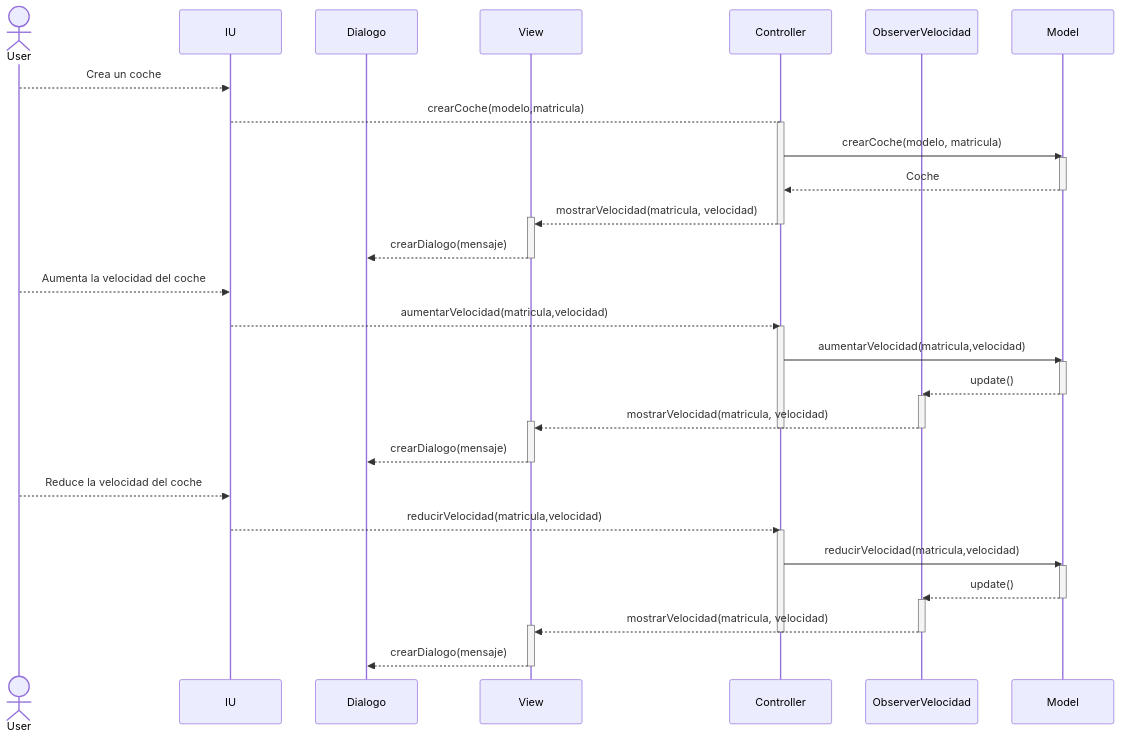
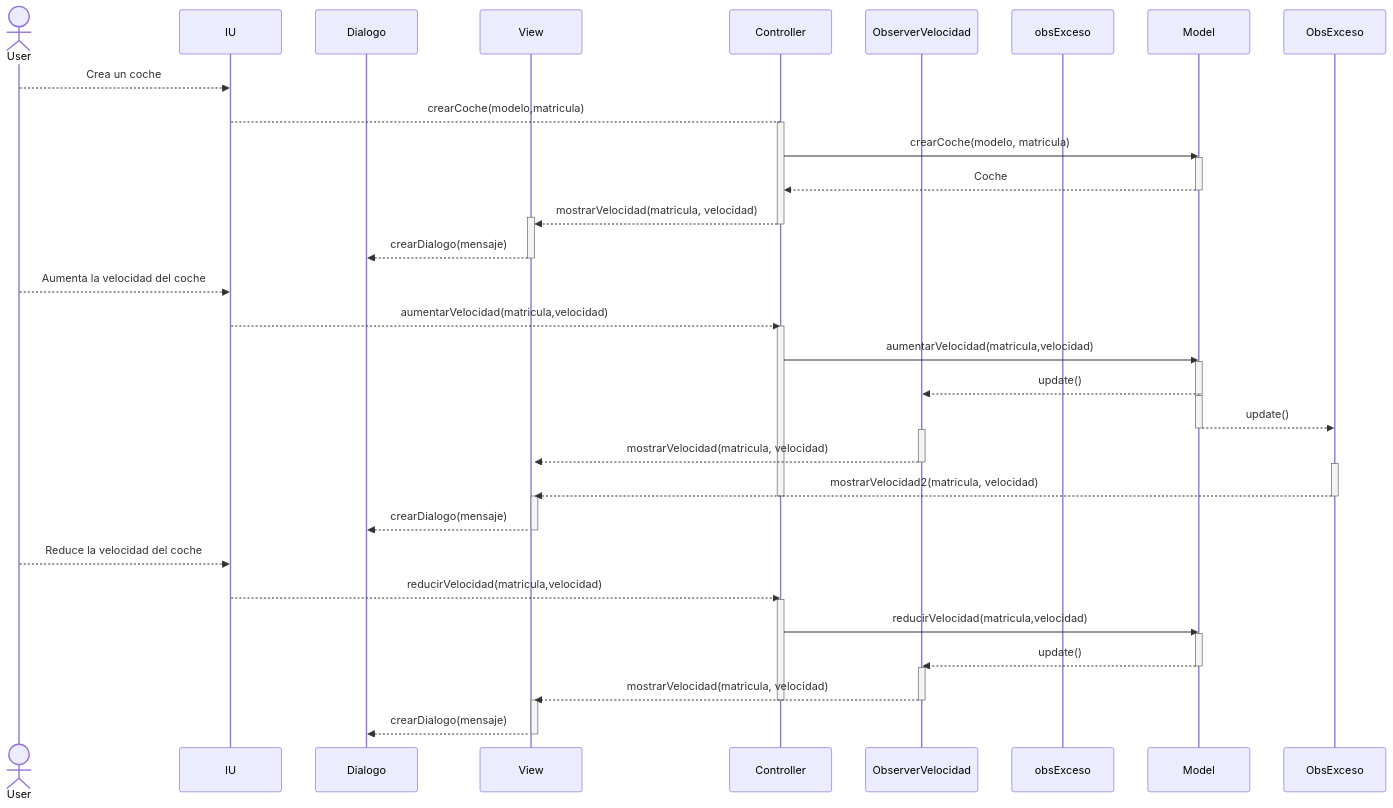
One commit to JorgeAmestoy/MVC_coches changed the third of 4 diagrams in Readme.md. Above: the diagram before and after it, drawn with Mermaid. The commit also changed other lines of this file, not shown here.

````diff
--- a/Readme.md
+++ b/Readme.md
@@ -116,47 +129,54 @@
 ```mermaid
 sequenceDiagram
 actor User    
 participant IU
 participant Dialogo
 participant View
 participant Controller
 participant ObserverVelocidad
+participant obsExceso
 participant Model
 
     User-->>IU: Crea un coche
     IU-->Controller: crearCoche(modelo,matricula)
     activate Controller
     Controller->>Model: crearCoche(modelo, matricula)
     activate Model
     Model-->>Controller: Coche
     deactivate Model
     Controller-->>+View: mostrarVelocidad(matricula, velocidad)
     deactivate Controller
     View-->>-Dialogo: crearDialogo(mensaje)
     
     User-->>IU: Aumenta la velocidad del coche
     IU-->>Controller: aumentarVelocidad(matricula,velocidad)
     activate Controller
     Controller->>Model: aumentarVelocidad(matricula,velocidad)
     activate Model
     Model-->>ObserverVelocidad: update()
     deactivate Model
+    activate Model
+    Model-->>ObsExceso: update()
+    deactivate Model
     activate ObserverVelocidad
     ObserverVelocidad-->>+View: mostrarVelocidad(matricula, velocidad)
     deactivate ObserverVelocidad
+    activate ObsExceso
+    ObsExceso-->>+View: mostrarVelocidad2(matricula, velocidad)
+    deactivate ObsExceso
     deactivate Controller
     View-->>-Dialogo: crearDialogo(mensaje)
     
     User-->>IU: Reduce la velocidad del coche
     IU-->>Controller: reducirVelocidad(matricula,velocidad)
     activate Controller
     Controller->>Model: reducirVelocidad(matricula,velocidad)
     activate Model
     Model-->>ObserverVelocidad: update()
     deactivate Model
     activate ObserverVelocidad
     ObserverVelocidad-->>+View: mostrarVelocidad(matricula, velocidad)
     deactivate ObserverVelocidad
     deactivate Controller
     View-->>-Dialogo: crearDialogo(mensaje)
 ```
````
